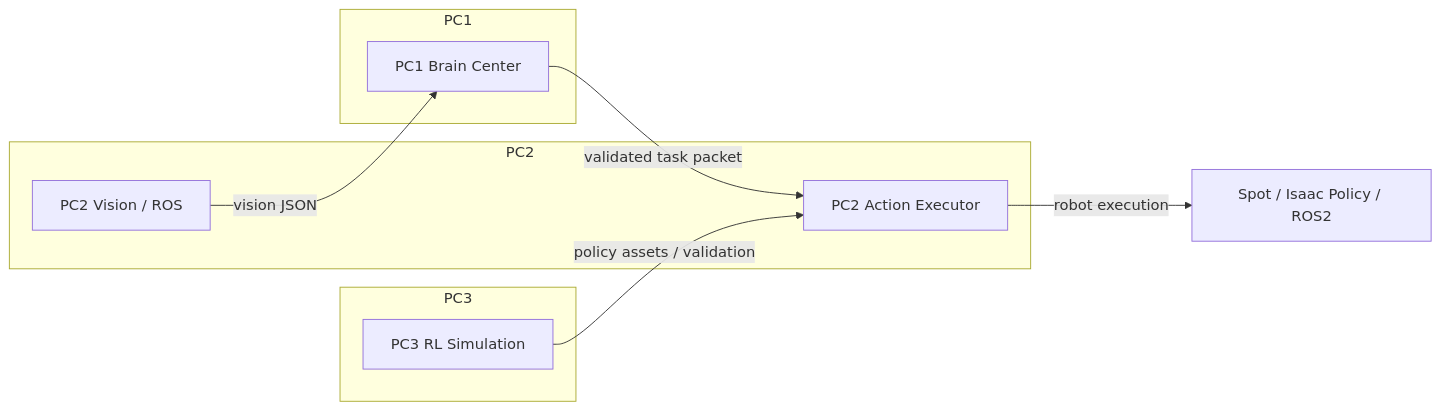
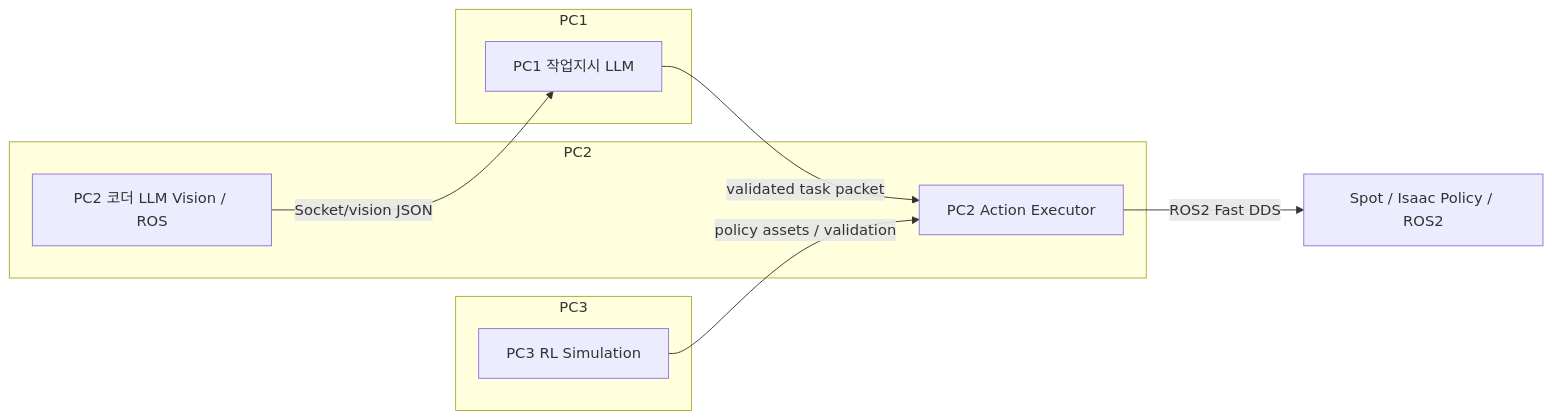
One commit to AssetHelper/rokey7_c3_lets_go_to_mars changed the diagram in README.md. Above: the diagram before and after it, drawn with Mermaid. The commit also changed other lines of this file, not shown here.

````diff
--- a/README.md
+++ b/README.md
@@ -33,17 +33,17 @@
 ```mermaid
 flowchart LR
-  A[PC2 Vision / ROS] -->|vision JSON| B[PC1 Brain Center]
+  A[PC2 코더 LLM Vision / ROS] -->|Socket/vision JSON| B[PC1 작업지시 LLM]
   B -->|validated task packet| C[PC2 Action Executor]
-  C -->|robot execution| Robot[Spot / Isaac Policy / ROS2]
+  C -->|ROS2 Fast DDS| Robot[Spot / Isaac Policy / ROS2]
   D[PC3 RL Simulation] -->|policy assets / validation| C
   subgraph PC1
     B
   end
   subgraph PC2
     A
     C
   end
   subgraph PC3
     D
   end
 ```
````
